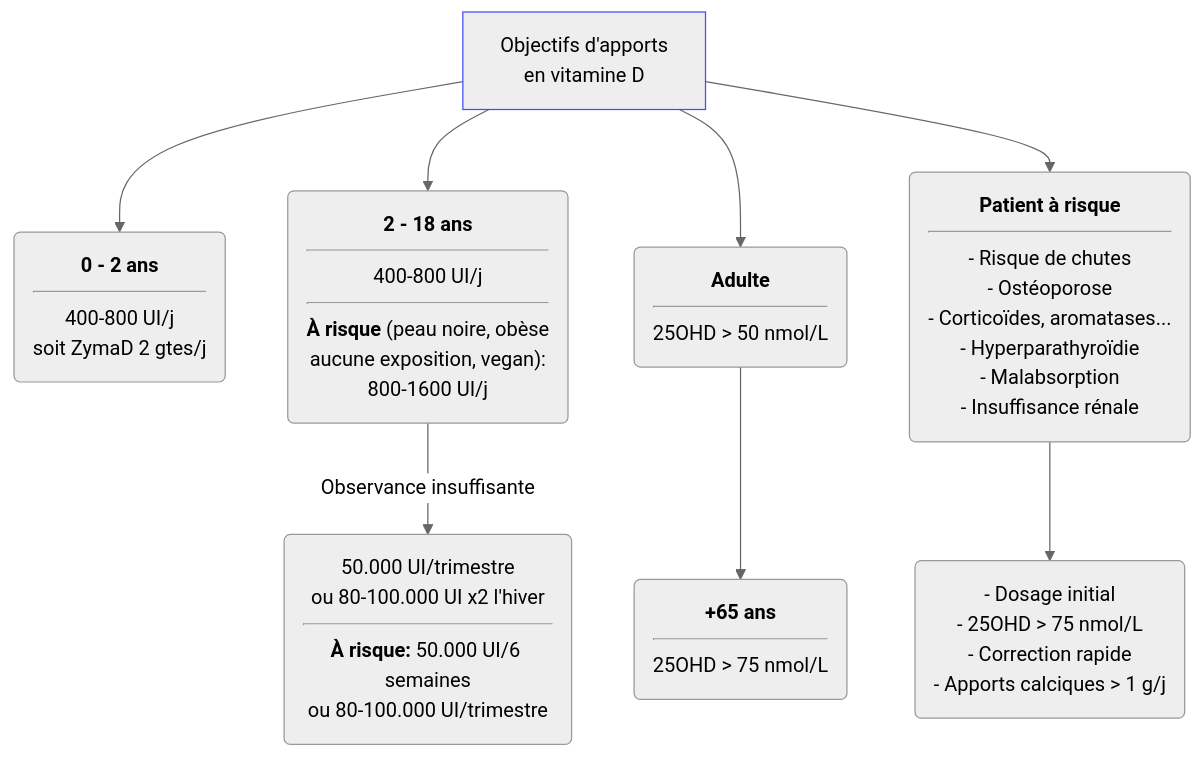
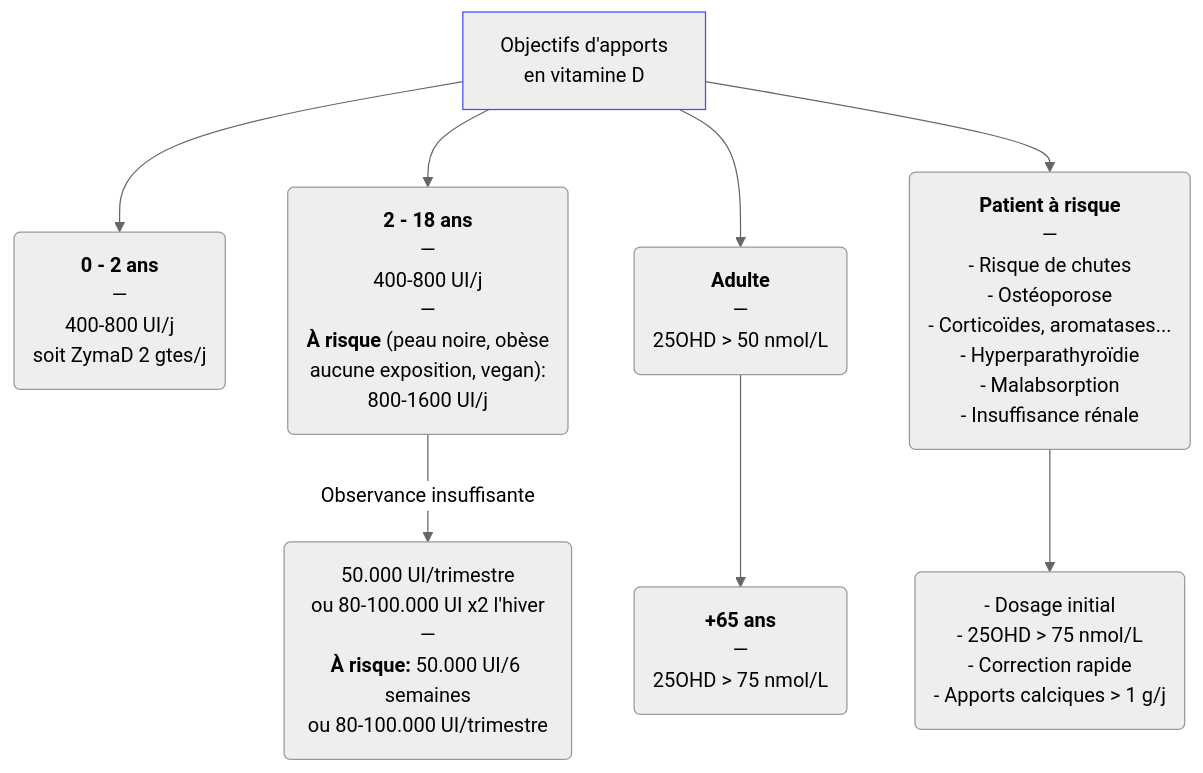
Before and after one commit to djibe/recommandations-medicales: the diagram in content/recommandations/vitamine-d.md, drawn with Mermaid (neutral theme). The commit also changed 51 other files, not shown here.

```diff
--- a/content/recommandations/vitamine-d.md
+++ b/content/recommandations/vitamine-d.md
@@ -253,10 +253,10 @@
 {{< mermaid title="Cibles d'apports en vitamine D (schéma simplifié). Dr JB Fron d'après Bacchetta J 2022 et Annweiler C 2018" >}}
 graph TB
   apports[Objectifs d'apports<br>en vitamine D]
   style apports stroke:#4150f5, stroke-width:1px
-    apports --> nourrisson(<b>0 - 2 ans</b><hr>400-800 UI/j<br>soit ZymaD 2 gtes/j)
-    apports --> mineur("<b>2 - 18 ans</b><hr>400-800 UI/j<hr><b>À risque</b> (peau noire, obèse<br>aucune exposition, vegan):<br>800-1600 UI/j") -- Observance insuffisante --> alternative(50.000 UI/trimestre<br>ou 80-100.000 UI x2 l'hiver<hr><b>À risque:</b> 50.000 UI/6 semaines<br>ou 80-100.000 UI/trimestre)
-    apports --> adulte(<b>Adulte</b><hr>25OHD &gt; 50 nmol/L)
-      adulte --> 65(<b>+65 ans</b><hr>25OHD &gt; 75 nmol/L)
-    apports --> risque(<b>Patient à risque</b><hr>- Risque de chutes<br>- Ostéoporose<br>- Corticoïdes, aromatases...<br>- Hyperparathyroïdie<br>- Malabsorption<br>- Insuffisance rénale) --> intensif("- Dosage initial<br>- 25OHD &gt; 75 nmol/L<br>- Correction rapide<br>- Apports calciques &gt; 1 g/j")
+    apports --> nourrisson(<b>0 - 2 ans</b><br>—<br>400-800 UI/j<br>soit ZymaD 2 gtes/j)
+    apports --> mineur("<b>2 - 18 ans</b><br>—<br>400-800 UI/j<br>—<br><b>À risque</b> (peau noire, obèse<br>aucune exposition, vegan):<br>800-1600 UI/j") -- Observance insuffisante --> alternative(50.000 UI/trimestre<br>ou 80-100.000 UI x2 l'hiver<br>—<br><b>À risque:</b> 50.000 UI/6 semaines<br>ou 80-100.000 UI/trimestre)
+    apports --> adulte(<b>Adulte</b><br>—<br>25OHD &gt; 50 nmol/L)
+      adulte --> 65(<b>+65 ans</b><br>—<br>25OHD &gt; 75 nmol/L)
+    apports --> risque(<b>Patient à risque</b><br>—<br>- Risque de chutes<br>- Ostéoporose<br>- Corticoïdes, aromatases...<br>- Hyperparathyroïdie<br>- Malabsorption<br>- Insuffisance rénale) --> intensif("- Dosage initial<br>- 25OHD &gt; 75 nmol/L<br>- Correction rapide<br>- Apports calciques &gt; 1 g/j")
 {{< /mermaid >}}
```
